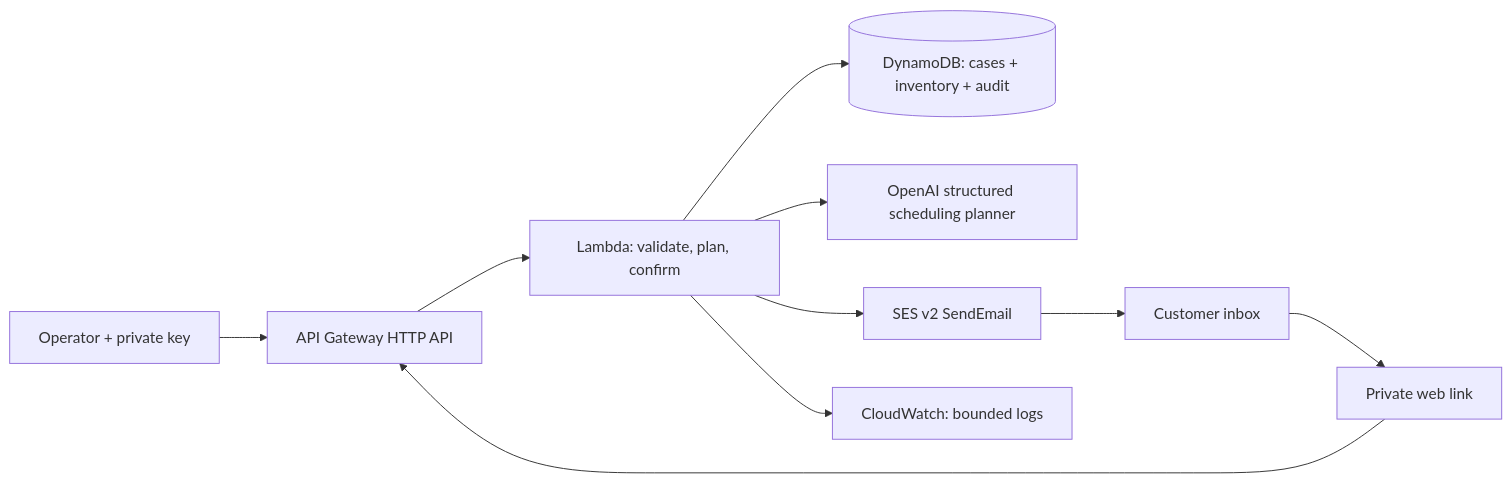
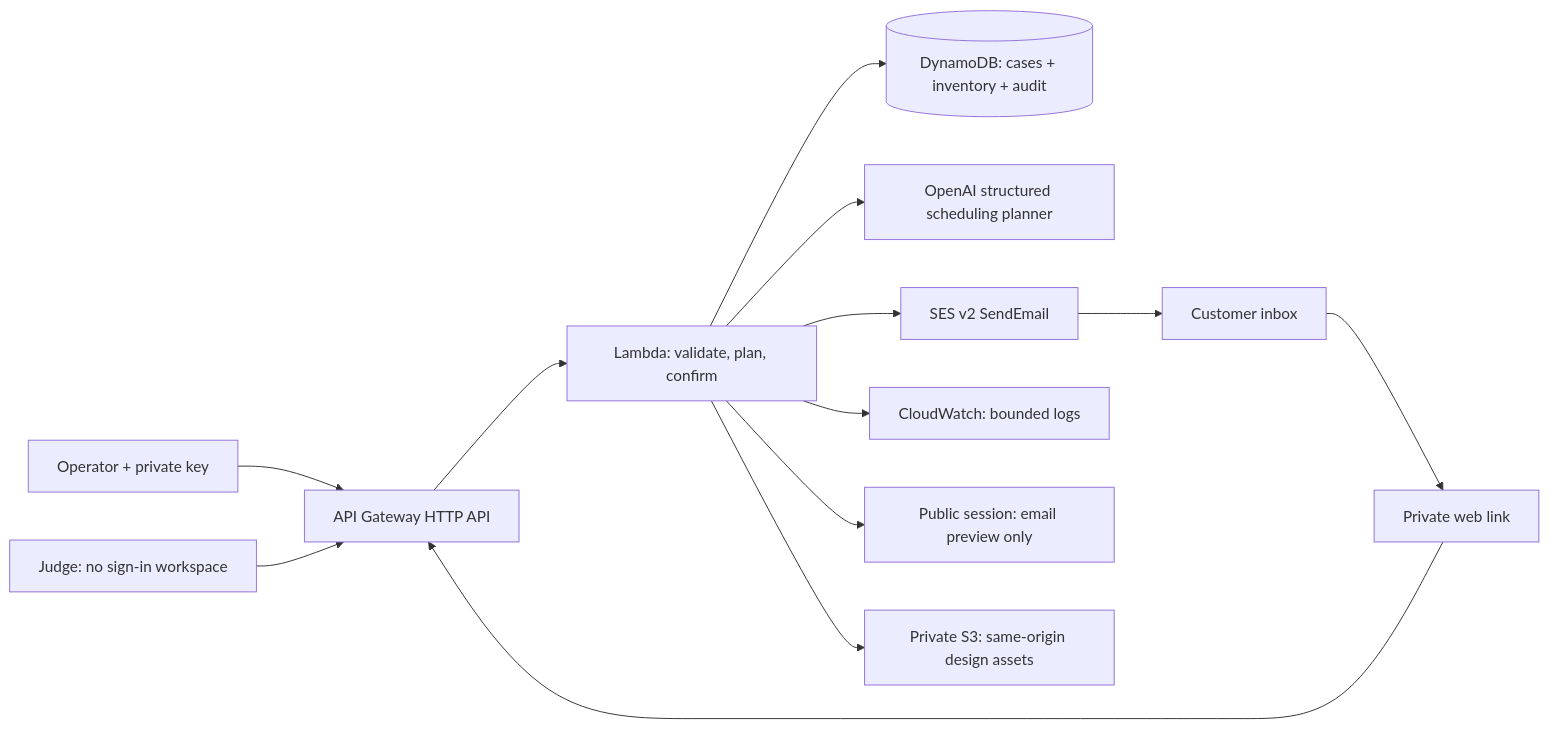
Before and after one commit to ShogunAce/SlotRescue: the first of 2 diagrams in docs/ARCHITECTURE.md, drawn with Mermaid. The commit also changed other lines of this file and 15 other files, not shown here.

Commit message:
Launch designed landing page and isolated live AI judge workspace

````diff
--- a/docs/ARCHITECTURE.md
+++ b/docs/ARCHITECTURE.md
@@ -3,12 +3,15 @@
 ```mermaid
 flowchart LR
  O[Operator + private key] --> API[API Gateway HTTP API]
+ J[Judge: no sign-in workspace] --> API
  API --> L[Lambda: validate, plan, confirm]
  L --> D[(DynamoDB: cases + inventory + audit)]
  L --> B[OpenAI structured scheduling planner]
  L --> S[SES v2 SendEmail]
  S --> E[Customer inbox]
  E --> W[Private web link]
  W --> API
  L --> C[CloudWatch: bounded logs]
+ L --> P[Public session: email preview only]
+ L --> F[Private S3: same-origin design assets]
 ```
````
